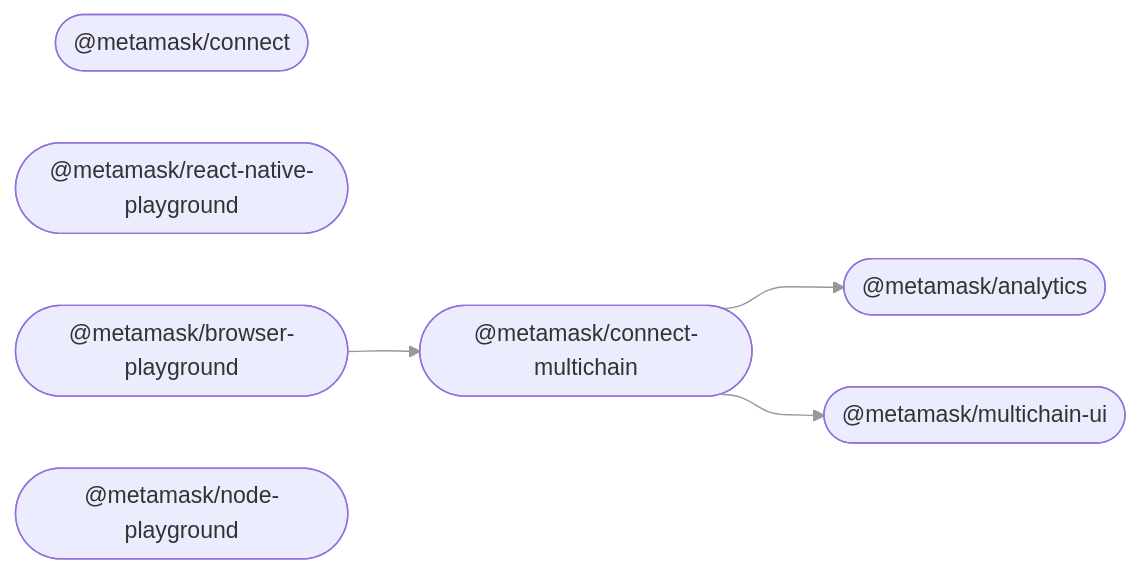
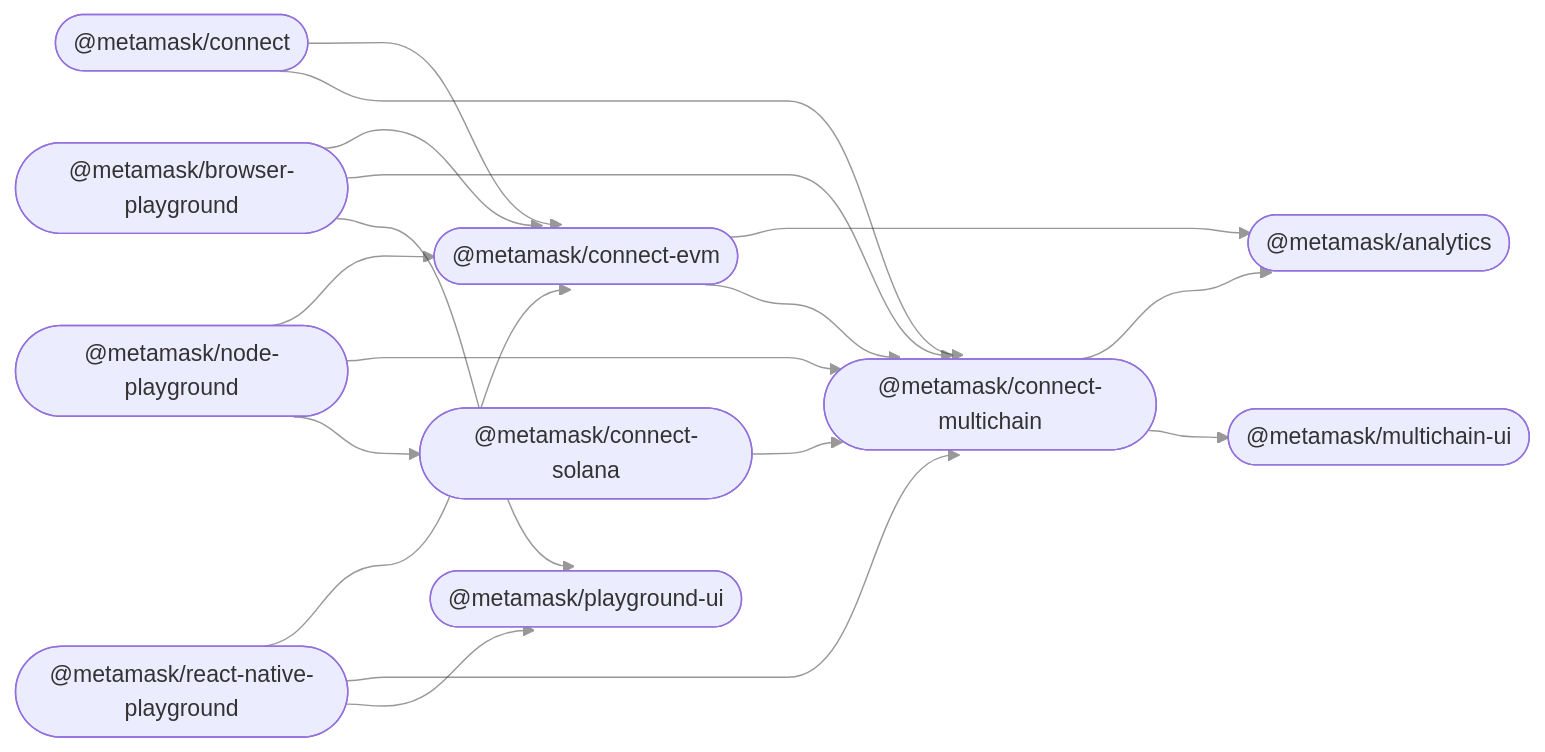
The diagram in README.md (MetaMask/connect-monorepo), drawn with Mermaid before and after one commit. The commit also changed other lines of this file and 3 other files, not shown here.

````diff
--- a/README.md
+++ b/README.md
@@ -31,15 +34,31 @@
 ```mermaid
 %%{ init: { 'flowchart': { 'curve': 'bumpX' } } }%%
 graph LR;
 linkStyle default opacity:0.5
   analytics(["@metamask/analytics"]);
   connect(["@metamask/connect"]);
+  connect_evm(["@metamask/connect-evm"]);
   connect_multichain(["@metamask/connect-multichain"]);
-  react_native_playground(["@metamask/react-native-playground"]);
+  connect_solana(["@metamask/connect-solana"]);
   multichain_ui(["@metamask/multichain-ui"]);
   browser_playground(["@metamask/browser-playground"]);
   node_playground(["@metamask/node-playground"]);
+  playground_ui(["@metamask/playground-ui"]);
+  react_native_playground(["@metamask/react-native-playground"]);
+  connect --> connect_evm;
+  connect --> connect_multichain;
+  connect_evm --> analytics;
+  connect_evm --> connect_multichain;
   connect_multichain --> analytics;
   connect_multichain --> multichain_ui;
+  connect_solana --> connect_multichain;
+  browser_playground --> connect_evm;
   browser_playground --> connect_multichain;
+  browser_playground --> playground_ui;
+  node_playground --> connect_evm;
+  node_playground --> connect_multichain;
+  node_playground --> connect_solana;
+  react_native_playground --> connect_evm;
+  react_native_playground --> connect_multichain;
+  react_native_playground --> playground_ui;
 ```
````
